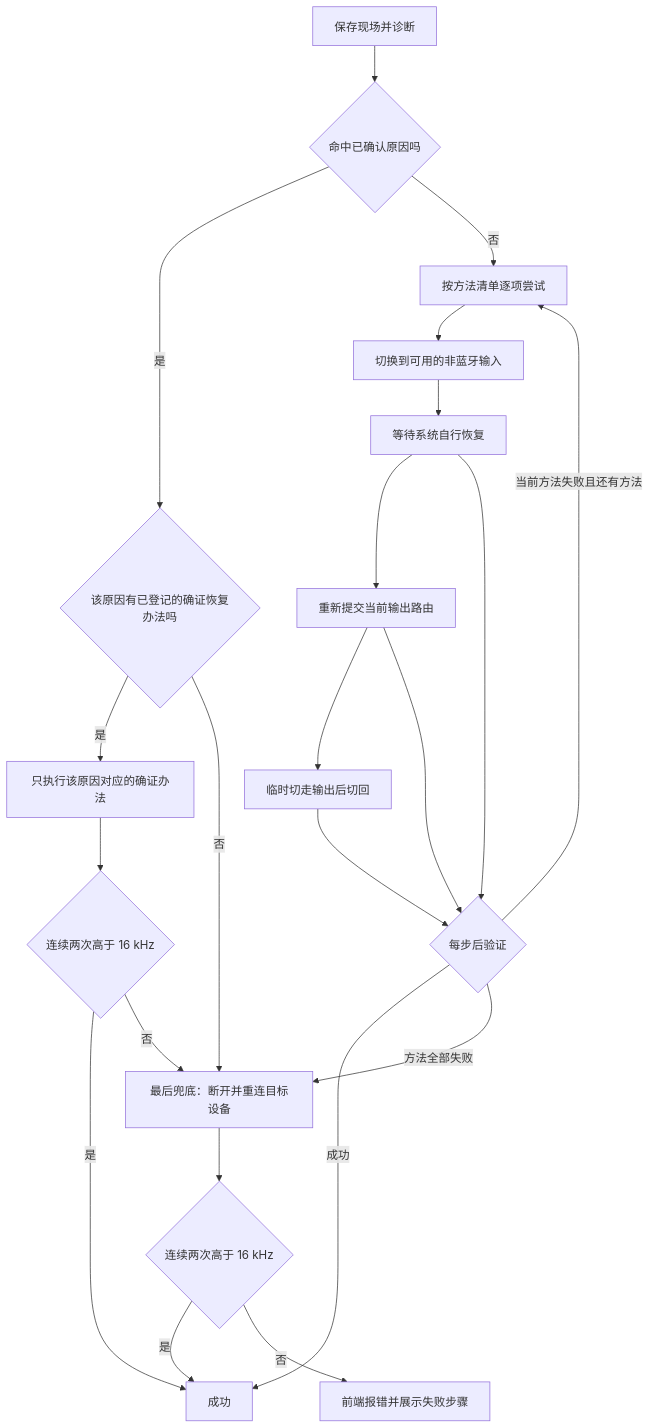
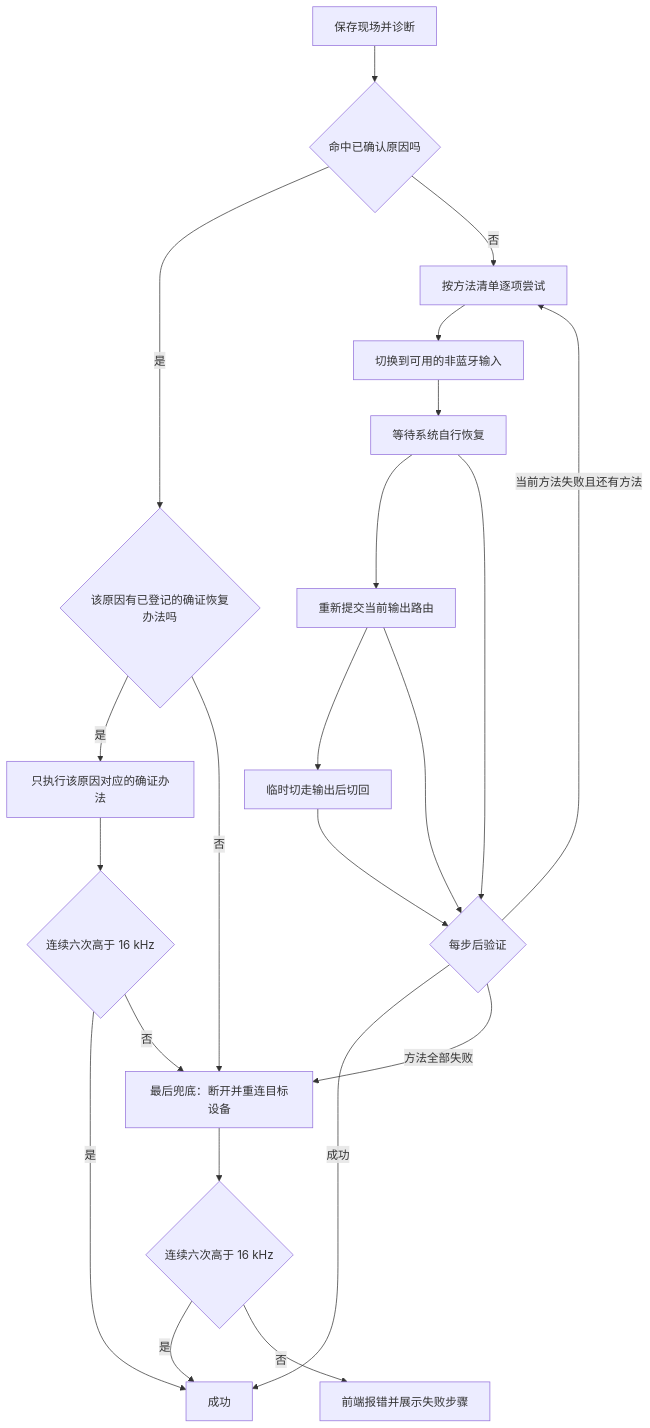
The diagram in reference/SPEC/如何一键恢复A2DP模式.md (andy-JustSayWhen/fix-Bluetooth-earphone-audio-problem), drawn with Mermaid before and after one commit. The commit also changed other lines of this file and 7 other files, not shown here.

````diff
--- a/reference/SPEC/如何一键恢复A2DP模式.md
+++ b/reference/SPEC/如何一键恢复A2DP模式.md
@@ -65,24 +66,24 @@
 ```mermaid
 flowchart TD
     A[保存现场并诊断] --> B{命中已确认原因吗}
     B -- 是 --> C{该原因有已登记的确证恢复办法吗}
     C -- 是 --> D[只执行该原因对应的确证办法]
-    D --> E{连续两次高于 16 kHz}
+    D --> E{连续六次高于 16 kHz}
     E -- 是 --> Z[成功]
     E -- 否 --> R[最后兜底：断开并重连目标设备]
     C -- 否 --> R
     B -- 否 --> F[按方法清单逐项尝试]
     F --> G[切换到可用的非蓝牙输入]
     G --> H[等待系统自行恢复]
     H --> I[重新提交当前输出路由]
     I --> J[临时切走输出后切回]
     H --> Q{每步后验证}
     I --> Q
     J --> Q
     Q -- 成功 --> Z
     Q -- 当前方法失败且还有方法 --> F
     Q -- 方法全部失败 --> R
-    R --> S{连续两次高于 16 kHz}
+    R --> S{连续六次高于 16 kHz}
     S -- 是 --> Z
     S -- 否 --> X[前端报错并展示失败步骤]
 ```
````
